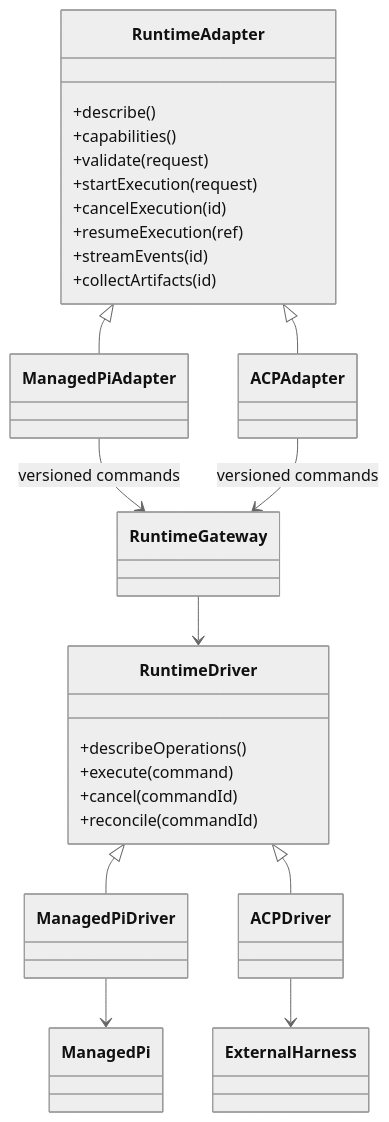
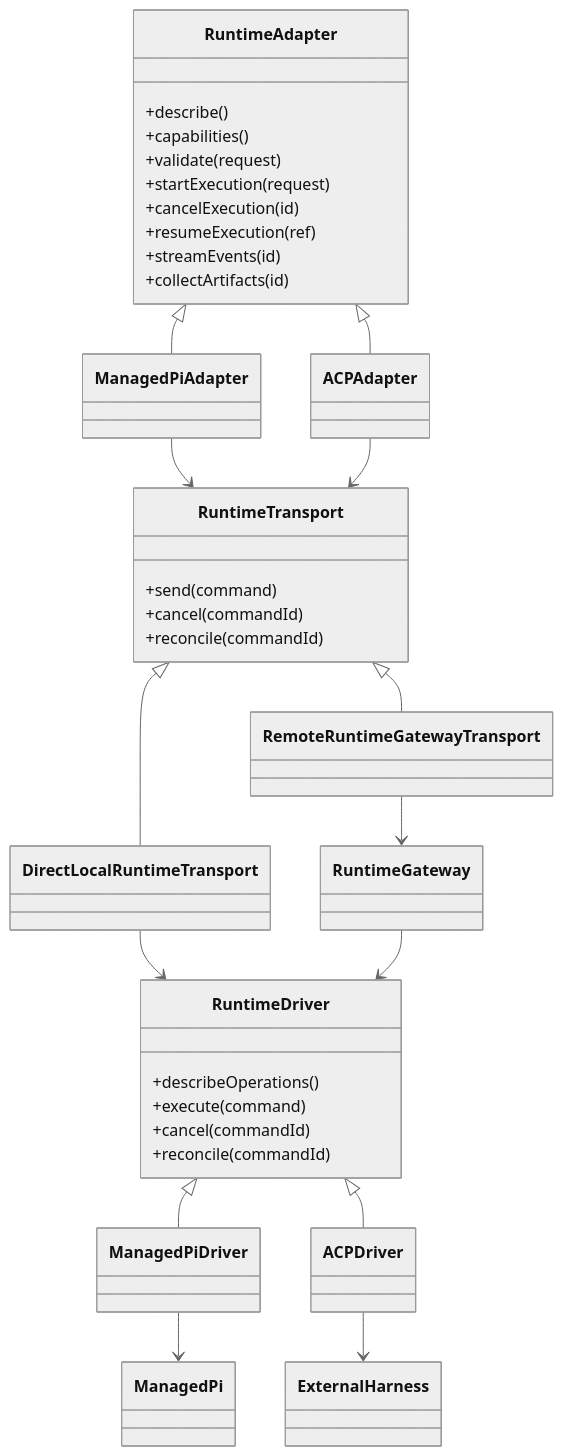
The third of 5 diagrams in docs/architecture/diagram-sources.md (0xPlayerOne/control-plane), drawn with Mermaid (neutral theme) before and after one commit. The commit also changed other lines of this file, not shown here.

Commit message:
docs: update Control Plane Mermaid sources for Restate and RuntimeTransport

````diff
--- a/docs/architecture/diagram-sources.md
+++ b/docs/architecture/diagram-sources.md
@@ -61,35 +75,47 @@
 ```mermaid
 classDiagram
     class RuntimeAdapter {
       +describe()
       +capabilities()
       +validate(request)
       +startExecution(request)
       +cancelExecution(id)
       +resumeExecution(ref)
       +streamEvents(id)
       +collectArtifacts(id)
     }
     class ManagedPiAdapter
     class ACPAdapter
+    class RuntimeTransport {
+      +send(command)
+      +cancel(commandId)
+      +reconcile(commandId)
+    }
+    class DirectLocalRuntimeTransport
+    class RemoteRuntimeGatewayTransport
     class RuntimeGateway
     class RuntimeDriver {
       +describeOperations()
       +execute(command)
       +cancel(commandId)
       +reconcile(commandId)
     }
     class ManagedPiDriver
     class ACPDriver
     class ManagedPi
     class ExternalHarness
+
     RuntimeAdapter <|-- ManagedPiAdapter
     RuntimeAdapter <|-- ACPAdapter
-    ManagedPiAdapter --> RuntimeGateway : versioned commands
-    ACPAdapter --> RuntimeGateway : versioned commands
+    ManagedPiAdapter --> RuntimeTransport
+    ACPAdapter --> RuntimeTransport
+    RuntimeTransport <|-- DirectLocalRuntimeTransport
+    RuntimeTransport <|-- RemoteRuntimeGatewayTransport
+    DirectLocalRuntimeTransport --> RuntimeDriver
+    RemoteRuntimeGatewayTransport --> RuntimeGateway
     RuntimeGateway --> RuntimeDriver
     RuntimeDriver <|-- ManagedPiDriver
     RuntimeDriver <|-- ACPDriver
     ManagedPiDriver --> ManagedPi
     ACPDriver --> ExternalHarness
 ```
````
